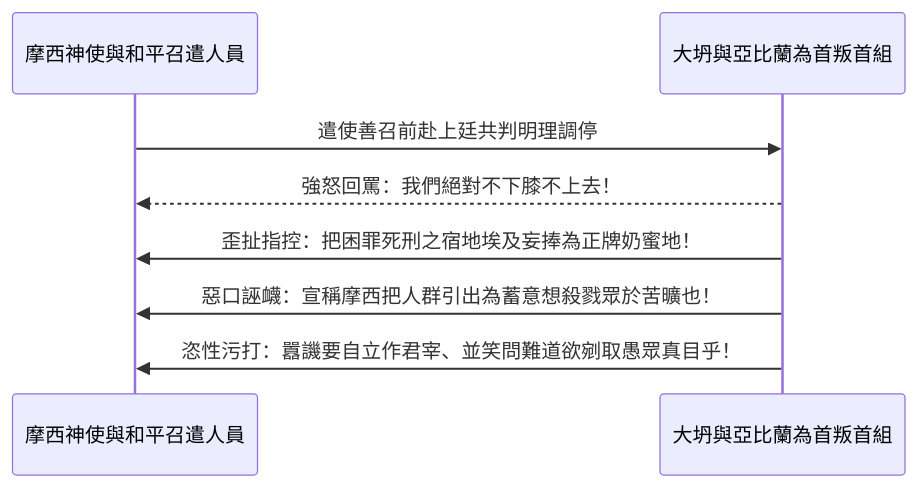
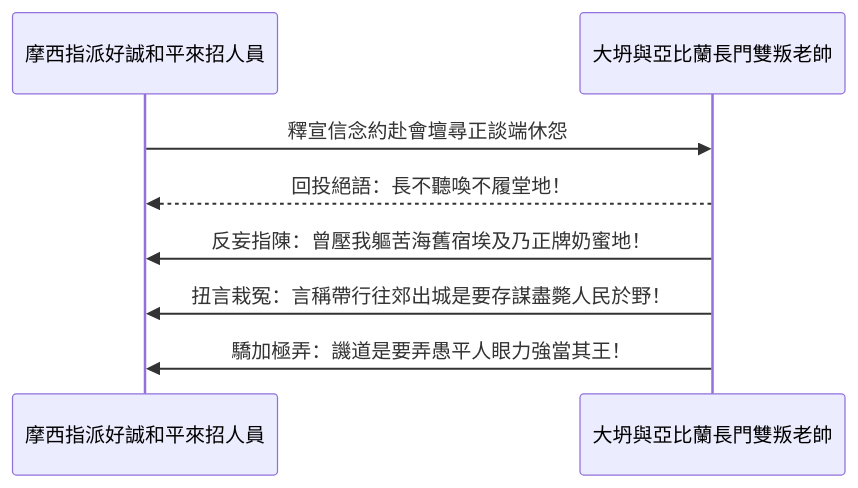
Before and after one commit to andyjr5566/Bible_wiki_zh: the second of 4 diagrams in 04 民數記/第16章.md, drawn with Mermaid. The commit also changed other lines of this file and 22 other files, not shown here.

````diff
--- a/04 民數記/第16章.md
+++ b/04 民數記/第16章.md
@@ -116,10 +118,10 @@
 ```mermaid
 sequenceDiagram
-    participant M as 摩西神使與和平召遣人員
-    participant D as 大坍與亞比蘭為首叛首組
-    M->>D: 遣使善召前赴上廷共判明理調停
-    D-->>M: 強怒回罵：我們絕對不下膝不上去！
-    D->>M: 歪扯指控：把困罪死刑之宿地埃及妄捧為正牌奶蜜地！
-    D->>M: 惡口誣衊：宣稱摩西把人群引出為蓄意想殺戮眾於苦曠也！
-    D->>M: 恣性污打：囂譏要自立作君宰、並笑問難道欲剜取愚眾真目乎！
+    participant M as 摩西指派好誠和平來招人員
+    participant D as 大坍與亞比蘭長門雙叛老帥
+    M->>D: 釋宣信念約赴會壇尋正談端休怨
+    D-->>M: 回投絕語：長不聽喚不履堂地！
+    D->>M: 反妄指陳：曾壓我軀苦海舊宿埃及乃正牌奶蜜地！
+    D->>M: 扭言栽冤：言稱帶行往郊出城是要存謀盡斃人民於野！
+    D->>M: 驕加極弄：譏道是要弄愚平人眼力強當其王！
 ```
````
